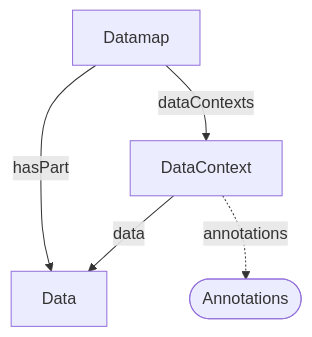
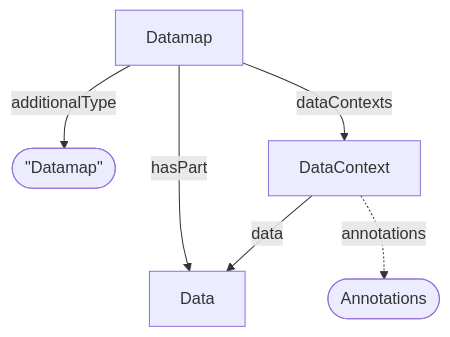
One commit to HLWeil/ProcessCore changed the diagram in spec/decorations/datamap/Datamap.md. Above: the diagram before and after it, drawn with Mermaid. The commit also changed 2 other files, not shown here.

Commit message:
small fixes to datamap decoration

````diff
--- a/spec/decorations/datamap/Datamap.md
+++ b/spec/decorations/datamap/Datamap.md
@@ -19,10 +19,12 @@
 ```mermaid
 flowchart TD
 
     an@{ shape: stadium, label: "Annotations" }
+    at@{ shape: stadium, label: "\"Datamap\"" }
 
     Datamap --dataContexts--> DataContext
     Datamap --hasPart--> Data
+    Datamap --additionalType--> at
     DataContext --data--> Data
     DataContext -.annotations.-> an
 ```
````
